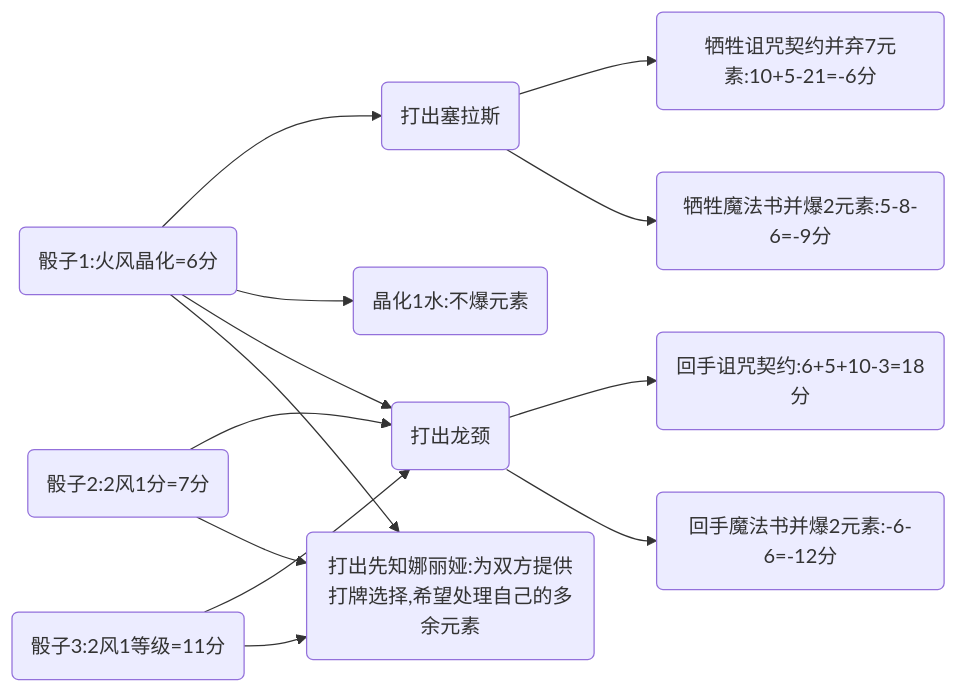
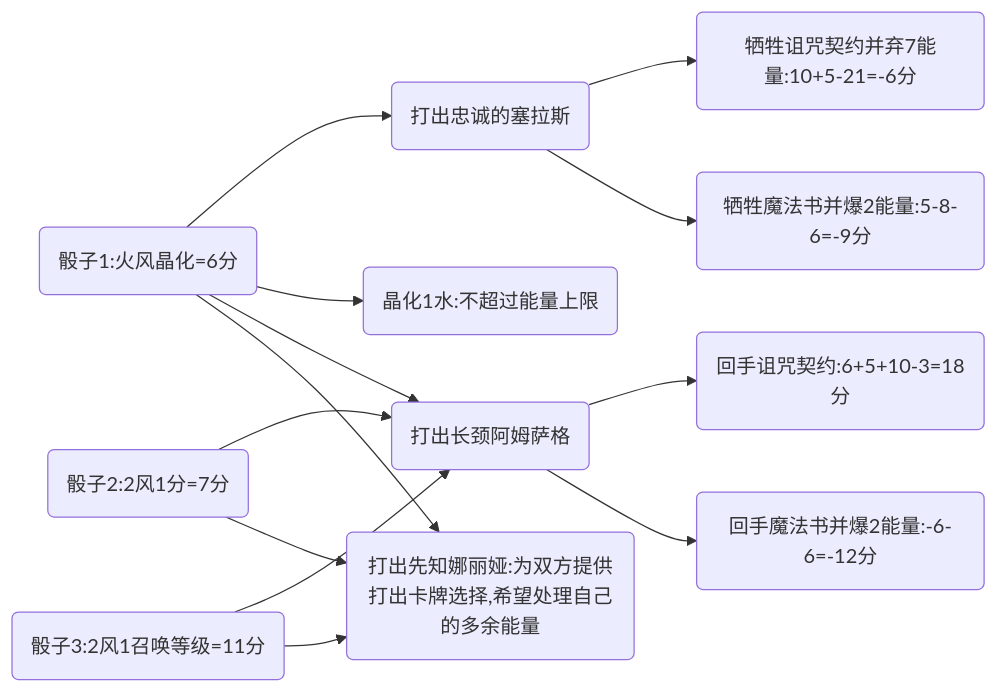
One commit to Yiyuiii/yiyuiii.github.io changed the diagram in _posts/2023-01-18-四季物语量化分析攻略.md. Above: the diagram before and after it, drawn with Mermaid. The commit also changed other lines of this file and 96 other files, not shown here.

````diff
--- a/_posts/2023-01-18-四季物语量化分析攻略.md
+++ b/_posts/2023-01-18-四季物语量化分析攻略.md
@@ -364,26 +377,26 @@
 ```mermaid
 graph LR
 D1(骰子1:火风晶化=6分)
 D2(骰子2:2风1分=7分)
-D3(骰子3:2风1等级=11分)
-A1(打出塞拉斯)
-A2(打出龙颈)
-A3(打出先知娜丽娅:为双方提供打牌选择,希望处理自己的多余元素)
-A4(晶化1水:不爆元素)
-R1(牺牲诅咒契约并弃7元素:10+5-21=-6分)
-R2(牺牲魔法书并爆2元素:5-8-6=-9分)
+D3(骰子3:2风1召唤等级=11分)
+A1(打出忠诚的塞拉斯)
+A2(打出长颈阿姆萨格)
+A3(打出先知娜丽娅:为双方提供打出卡牌选择,希望处理自己的多余能量)
+A4(晶化1水:不超过能量上限)
+R1(牺牲诅咒契约并弃7能量:10+5-21=-6分)
+R2(牺牲魔法书并爆2能量:5-8-6=-9分)
 R3(回手诅咒契约:6+5+10-3=18分)
-R4(回手魔法书并爆2元素:-6-6=-12分)
+R4(回手魔法书并爆2能量:-6-6=-12分)
 D1 --> A1
 D1 --> A4
 D1 --> A2
 D1 --> A3
 D2 --> A2
 D2 --> A3
 D3 --> A2
 D3 --> A3
 A1 --> R1
 A1 --> R2
 A2 --> R3
 A2 --> R4
 ```
````
